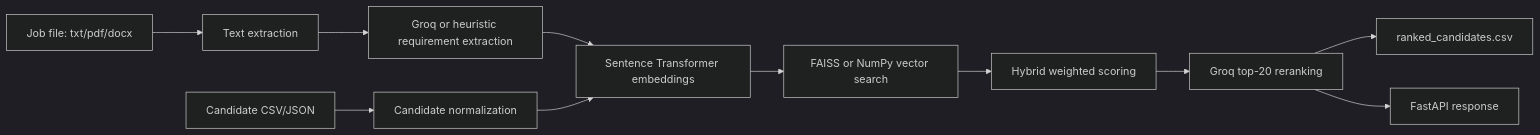
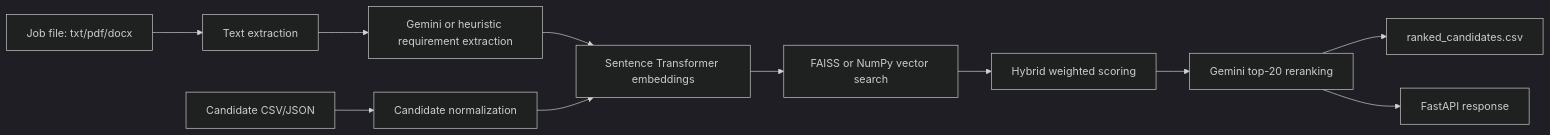
Before and after one commit to dharaneeshiba02/Indiaruns_Hackathon: the diagram in docs/architecture.md, drawn with Mermaid (dark theme). The commit also changed other lines of this file and 14 other files, not shown here.

````diff
--- a/docs/architecture.md
+++ b/docs/architecture.md
@@ -3,13 +3,13 @@
 ```mermaid
 flowchart LR
     A[Job file: txt/pdf/docx] --> B[Text extraction]
-    B --> C[Groq or heuristic requirement extraction]
+    B --> C[Gemini or heuristic requirement extraction]
     D[Candidate CSV/JSON] --> E[Candidate normalization]
     C --> F[Sentence Transformer embeddings]
     E --> F
     F --> G[FAISS or NumPy vector search]
     G --> H[Hybrid weighted scoring]
-    H --> I[Groq top-20 reranking]
+    H --> I[Gemini top-20 reranking]
     I --> J[ranked_candidates.csv]
     I --> K[FastAPI response]
 ```
````
